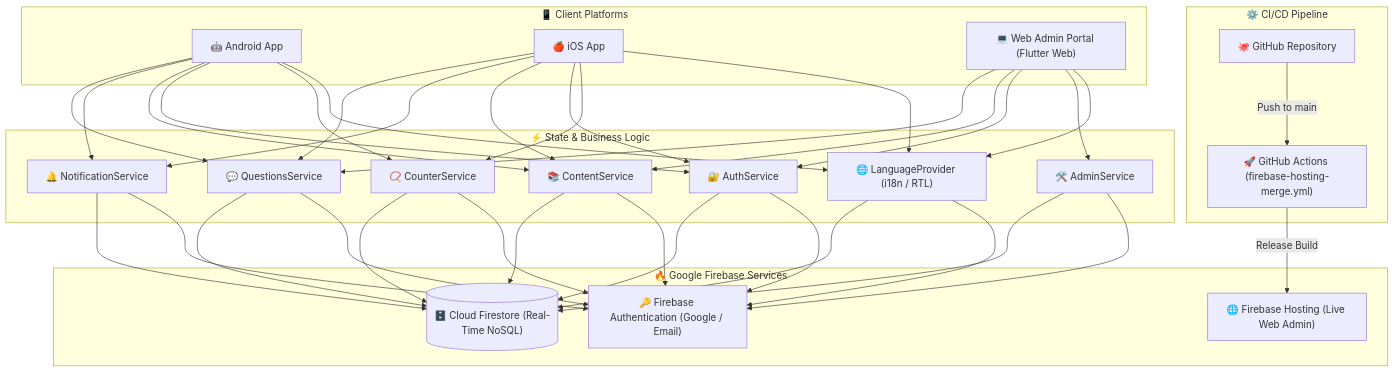
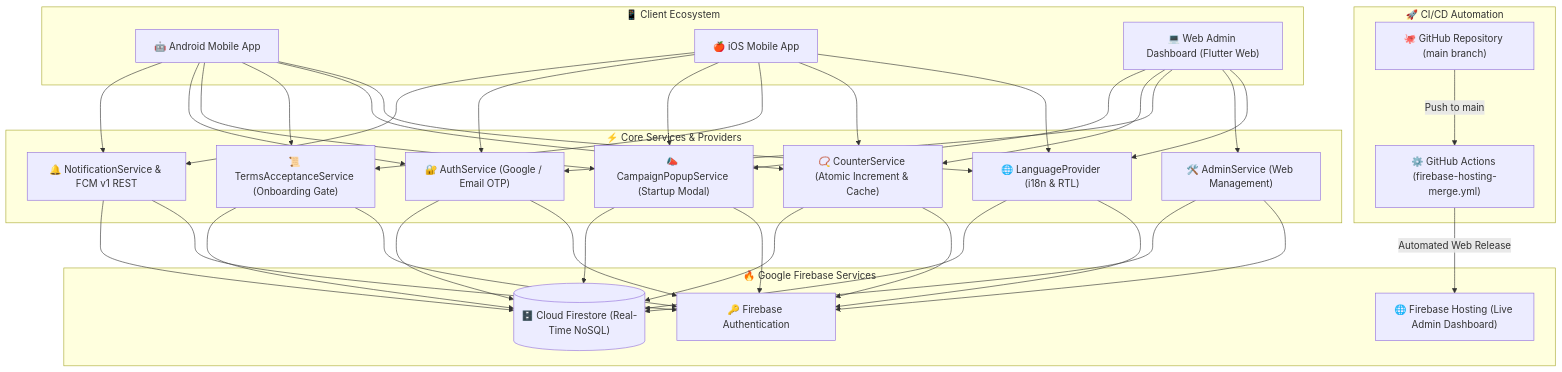
Before and after one commit to Hassan-Developer-cmd/NOOR-E-SUNNAT: the diagram in README.md, drawn with Mermaid. The commit also changed other lines of this file, not shown here.

Commit message:
docs: create professional comprehensive README and architecture guide

````diff
--- a/README.md
+++ b/README.md
@@ -92,37 +93,37 @@
 ```mermaid
 graph TB
-    subgraph Clients ["📱 Client Platforms"]
-        Android["🤖 Android App"]
-        iOS["🍎 iOS App"]
-        WebAdmin["💻 Web Admin Portal (Flutter Web)"]
+    subgraph Clients ["📱 Client Ecosystem"]
+        AndroidApp["🤖 Android Mobile App"]
+        iOSApp["🍎 iOS Mobile App"]
+        WebAdmin["💻 Web Admin Dashboard (Flutter Web)"]
     end
 
-    subgraph StateAndProviders ["⚡ State & Business Logic"]
-        LP["🌐 LanguageProvider (i18n / RTL)"]
-        CS["📿 CounterService"]
-        AuthS["🔐 AuthService"]
-        ContentS["📚 ContentService"]
-        AdminS["🛠️ AdminService"]
-        NotifS["🔔 NotificationService"]
-        QS["💬 QuestionsService"]
+    subgraph StateAndServices ["⚡ Core Services & Providers"]
+        LP["🌐 LanguageProvider (i18n & RTL)"]
+        CS["📿 CounterService (Atomic Increment & Cache)"]
+        TAS["📜 TermsAcceptanceService (Onboarding Gate)"]
+        CPS["📣 CampaignPopupService (Startup Modal)"]
+        AuthS["🔐 AuthService (Google / Email OTP)"]
+        FCM["🔔 NotificationService & FCM v1 REST"]
+        AdminS["🛠️ AdminService (Web Management)"]
     end
 
-    subgraph Backend ["🔥 Google Firebase Services"]
-        FBAuth["🔑 Firebase Authentication (Google / Email)"]
+    subgraph FirebaseBackend ["🔥 Google Firebase Services"]
+        FBAuth["🔑 Firebase Authentication"]
         Firestore[("🗄️ Cloud Firestore (Real-Time NoSQL)")]
-        FBHosting["🌐 Firebase Hosting (Live Web Admin)"]
+        FBHosting["🌐 Firebase Hosting (Live Admin Dashboard)"]
     end
 
-    subgraph CICD ["⚙️ CI/CD Pipeline"]
-        GitHub["🐙 GitHub Repository"]
-        Actions["🚀 GitHub Actions (firebase-hosting-merge.yml)"]
+    subgraph CICD ["🚀 CI/CD Automation"]
+        GitHub["🐙 GitHub Repository (main branch)"]
+        GHActions["⚙️ GitHub Actions (firebase-hosting-merge.yml)"]
     end
 
-    Android & iOS --> LP & CS & AuthS & ContentS & NotifS & QS
-    WebAdmin --> LP & AdminS & AuthS & ContentS & QS
-    
-    LP & CS & AuthS & ContentS & AdminS & NotifS & QS --> FBAuth & Firestore
-    
-    GitHub -->|Push to main| Actions
-    Actions -->|Release Build| FBHosting
+    AndroidApp & iOSApp --> LP & CS & TAS & CPS & AuthS & FCM
+    WebAdmin --> LP & AdminS & AuthS & CS & CPS
+
+    LP & CS & TAS & CPS & AuthS & FCM & AdminS --> FBAuth & Firestore
+
+    GitHub -->|Push to main| GHActions
+    GHActions -->|Automated Web Release| FBHosting
 ```
````
